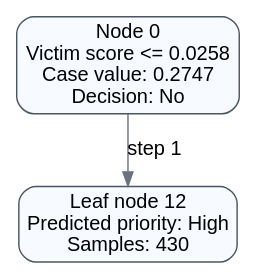
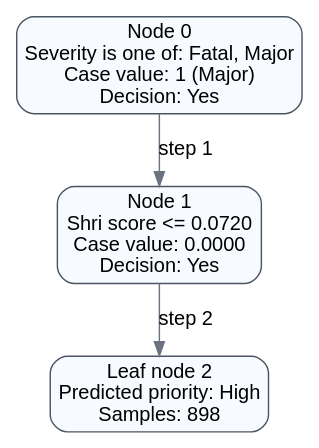
Before and after one commit to The-Yesh21/Anavaya-back-end: the diagram in case_priority_system/decision_graphs/Sample_FIR_Case_Report_Sexual_Assault_decision_path.dot, drawn with Graphviz. The commit also changed 21 other files, not shown here.

```diff
--- a/case_priority_system/decision_graphs/Sample_FIR_Case_Report_Sexual_Assault_decision_path.dot
+++ b/case_priority_system/decision_graphs/Sample_FIR_Case_Report_Sexual_Assault_decision_path.dot
@@ -1,8 +1,10 @@
 digraph DecisionPath {
   rankdir=TB;
   node [shape=box, style="rounded,filled", fillcolor="#F7FBFF", color="#4B5563", fontname="Arial"];
   edge [color="#6B7280", fontname="Arial"];
-  n0 [label="Node 0\nVictim score <= 0.0258\nCase value: 0.2747\nDecision: No"];
-  n12 [label="Leaf node 12\nPredicted priority: High\nSamples: 430"];
-  n0 -> n12 [label="step 1"];
+  n0 [label="Node 0\nSeverity is one of: Fatal, Major\nCase value: 1 (Major)\nDecision: Yes"];
+  n1 [label="Node 1\nShri score <= 0.0720\nCase value: 0.0000\nDecision: Yes"];
+  n0 -> n1 [label="step 1"];
+  n2 [label="Leaf node 2\nPredicted priority: High\nSamples: 898"];
+  n1 -> n2 [label="step 2"];
 }
```
